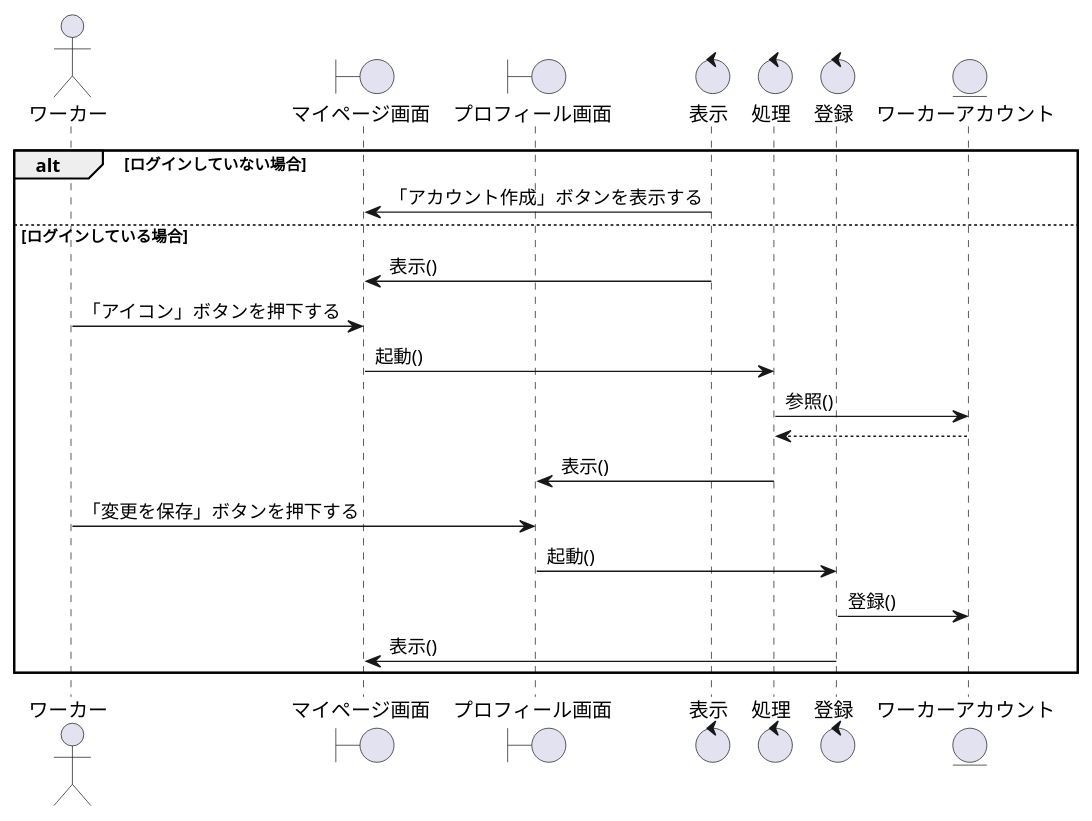
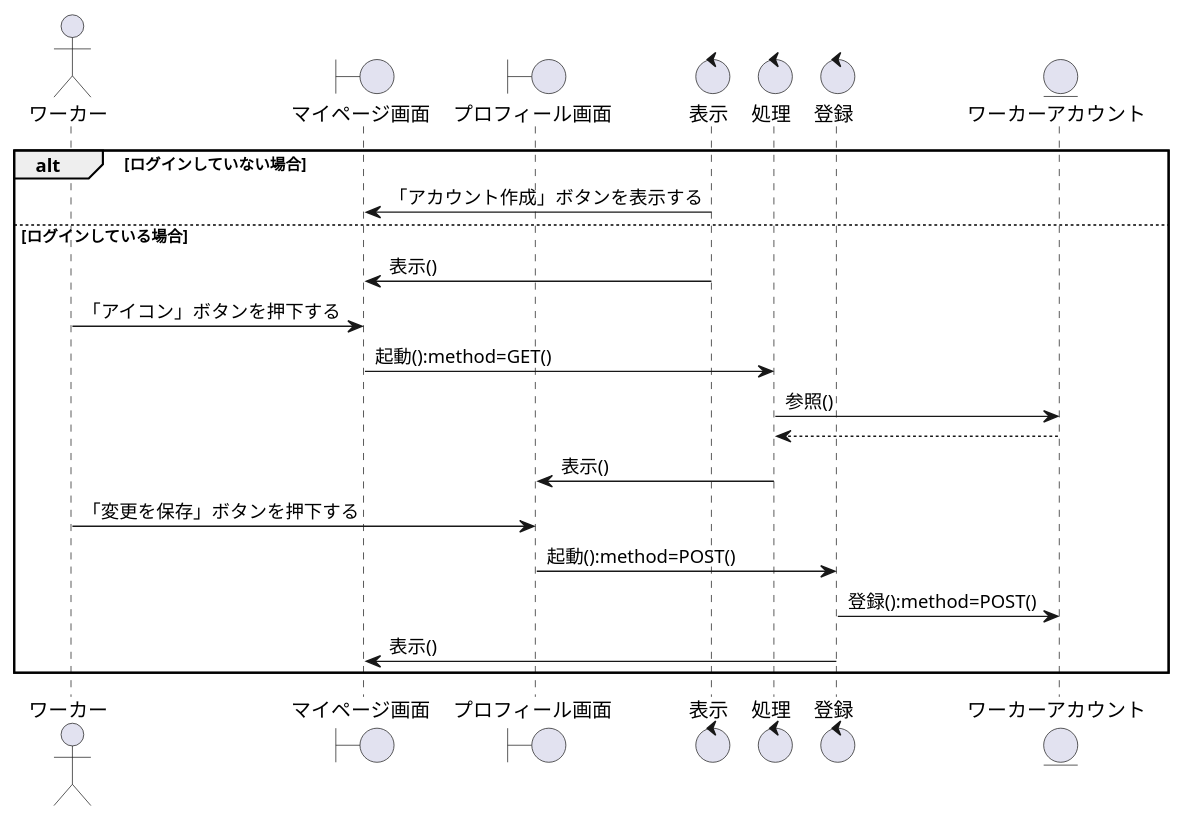
One commit to irukacb256/high_Me changed the diagram in sequence_fig/7_acconts_fn/01_プロフィールの編集をする.pu. Above: the diagram before and after it, drawn with PlantUML. The commit also changed 13 other files, not shown here.

```diff
--- a/sequence_fig/7_acconts_fn/01_プロフィールの編集をする.pu
+++ b/sequence_fig/7_acconts_fn/01_プロフィールの編集をする.pu
@@ -1,31 +1,31 @@
 @startuml プロフィールの編集をする
 
 ' 1
 actor ワーカー as wo1
 
 boundary マイページ画面 as bo1
 boundary プロフィール画面 as bo2
 
 control 表示 as co1
 control 処理 as co2
 control 登録 as co3
 
 entity ワーカーアカウント as en1
 
 alt ログインしていない場合
     co1 -> bo1:「アカウント作成」ボタンを表示する
 
 else ログインしている場合
     co1 -> bo1:表示()
     wo1 -> bo1:「アイコン」ボタンを押下する
-    bo1 -> co2:起動()
+    bo1 -> co2:起動():method=GET()
     co2 -> en1:参照()
     en1 --> co2
     co2 -> bo2:表示()
     wo1 -> bo2:「変更を保存」ボタンを押下する
-    bo2 -> co3:起動()
-    co3 -> en1:登録()
+    bo2 -> co3:起動():method=POST()
+    co3 -> en1:登録():method=POST()
     co3 -> bo1:表示()
 end
 
 @enduml
```
